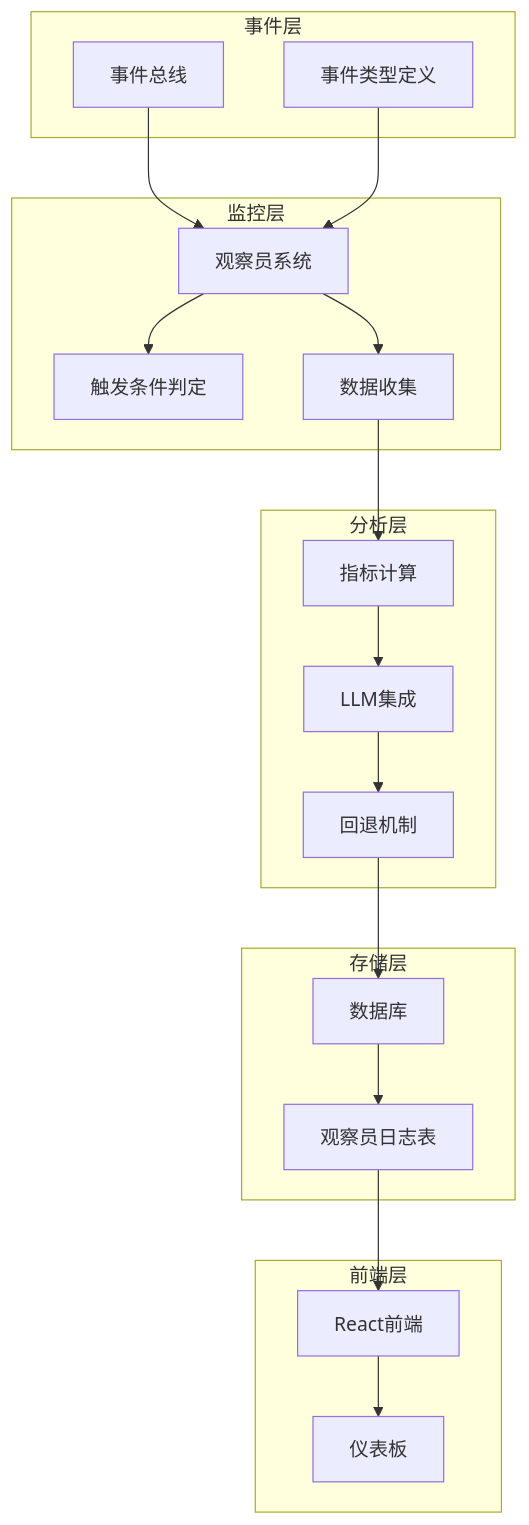
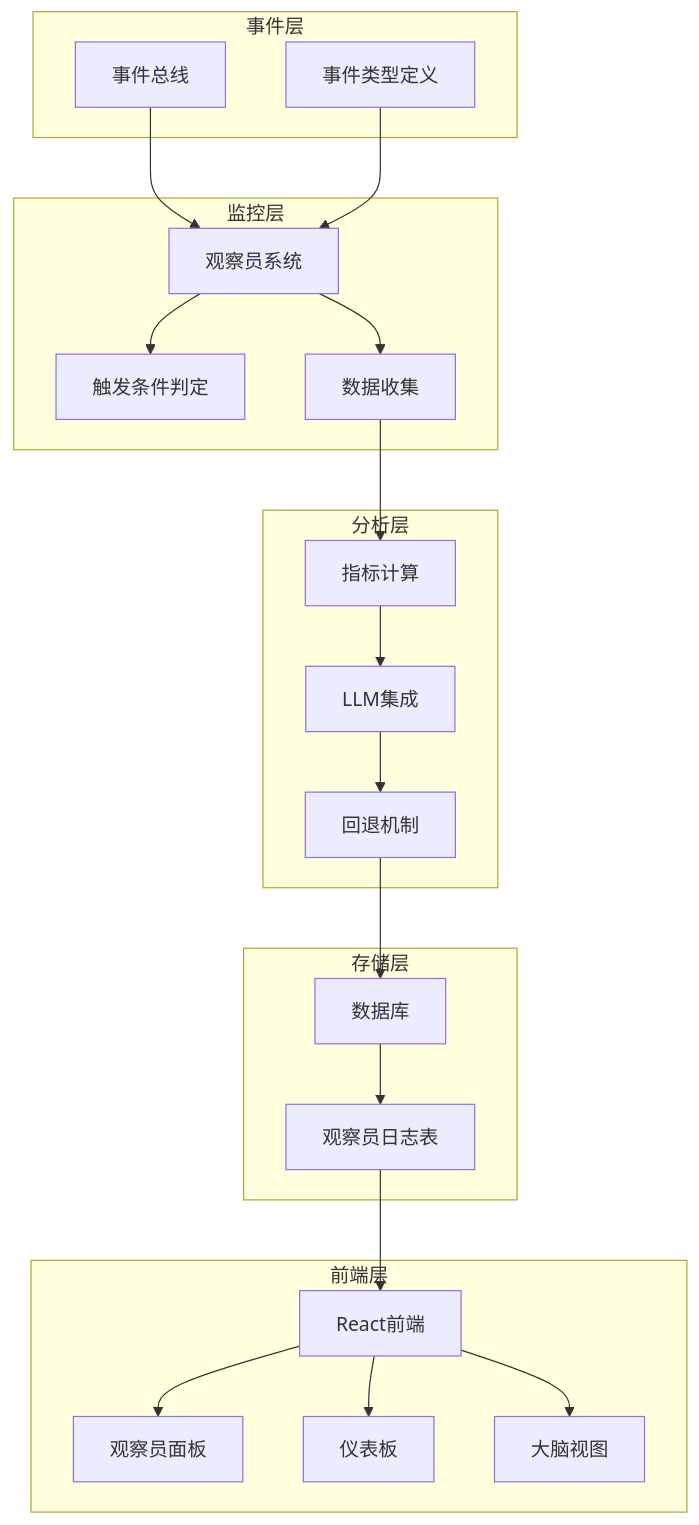
Before and after one commit to GDY-ai/ainstein: the first of 9 diagrams in .qoder/repowiki/zh/content/系统架构/硅基大脑蓝图/观察员监控系统.md, drawn with Mermaid. The commit also changed other lines of this file and 19 other files, not shown here.

````diff
--- a/.qoder/repowiki/zh/content/系统架构/硅基大脑蓝图/观察员监控系统.md
+++ b/.qoder/repowiki/zh/content/系统架构/硅基大脑蓝图/观察员监控系统.md
@@ -49,36 +67,40 @@
 ```mermaid
 graph TB
 subgraph "事件层"
 EventBus[事件总线]
 EventTypes[事件类型定义]
 end
 subgraph "监控层"
 ObserverSystem[观察员系统]
 TriggerConditions[触发条件判定]
 DataCollection[数据收集]
 end
 subgraph "分析层"
 MetricsCalculation[指标计算]
 LLMIntegration[LLM集成]
 FallbackMechanism[回退机制]
 end
 subgraph "存储层"
 Database[数据库]
 ObserverLogs[观察员日志表]
 end
 subgraph "前端层"
 Frontend[React前端]
+ObserverPanel[观察员面板]
 Dashboard[仪表板]
+BrainView[大脑视图]
 end
 EventBus --> ObserverSystem
 EventTypes --> ObserverSystem
 ObserverSystem --> TriggerConditions
 ObserverSystem --> DataCollection
 DataCollection --> MetricsCalculation
 MetricsCalculation --> LLMIntegration
 LLMIntegration --> FallbackMechanism
 FallbackMechanism --> Database
 Database --> ObserverLogs
 ObserverLogs --> Frontend
+Frontend --> ObserverPanel
 Frontend --> Dashboard
+Frontend --> BrainView
 ```
````
